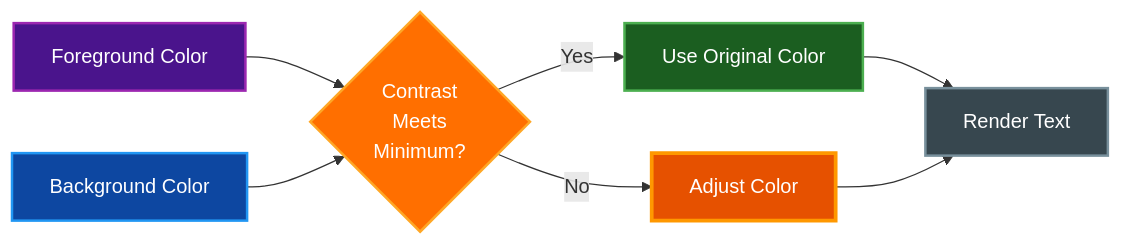
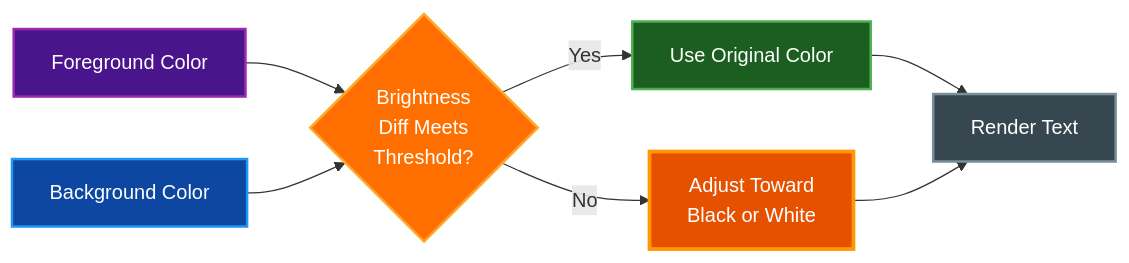
Before and after one commit to paulrobello/par-term: the diagram in docs/ACCESSIBILITY.md, drawn with Mermaid. The commit also changed other lines of this file and 43 other files, not shown here.

````diff
--- a/docs/ACCESSIBILITY.md
+++ b/docs/ACCESSIBILITY.md
@@ -19,23 +18,23 @@
 ```mermaid
 graph LR
     FG[Foreground Color]
     BG[Background Color]
-    Check{Contrast<br/>Meets<br/>Minimum?}
+    Check{Brightness<br/>Diff Meets<br/>Threshold?}
     Pass[Use Original Color]
-    Adjust[Adjust Color]
+    Adjust[Adjust Toward<br/>Black or White]
     Render[Render Text]
 
     FG --> Check
     BG --> Check
     Check -->|Yes| Pass
     Check -->|No| Adjust
     Pass --> Render
     Adjust --> Render
 
     style FG fill:#4a148c,stroke:#9c27b0,stroke-width:2px,color:#ffffff
     style BG fill:#0d47a1,stroke:#2196f3,stroke-width:2px,color:#ffffff
     style Check fill:#ff6f00,stroke:#ffa726,stroke-width:2px,color:#ffffff
     style Pass fill:#1b5e20,stroke:#4caf50,stroke-width:2px,color:#ffffff
     style Adjust fill:#e65100,stroke:#ff9800,stroke-width:3px,color:#ffffff
     style Render fill:#37474f,stroke:#78909c,stroke-width:2px,color:#ffffff
 ```
````
